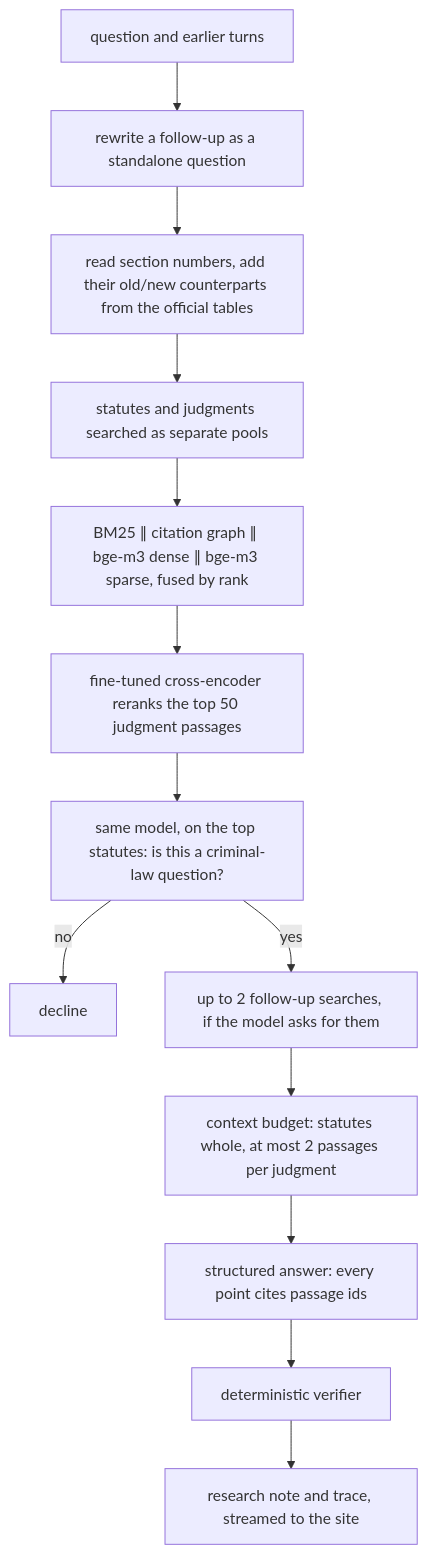
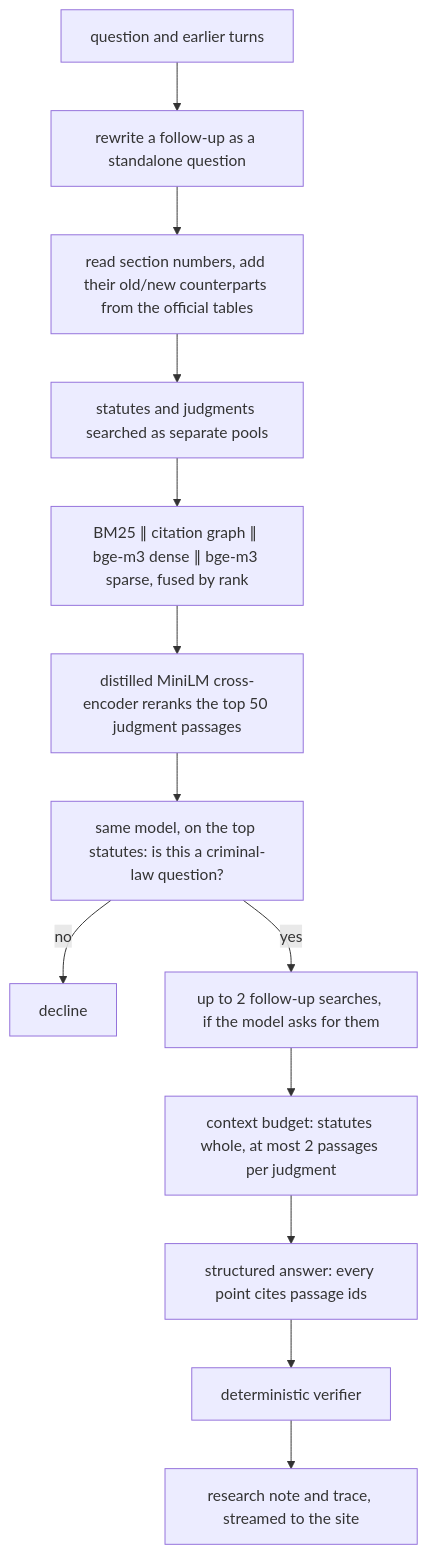
The second of 4 diagrams in docs/architecture.md (Arav-Arun/Dhara), drawn with Mermaid before and after one commit. The commit also changed other lines of this file and 3 other files, not shown here.

````diff
--- a/docs/architecture.md
+++ b/docs/architecture.md
@@ -37,15 +37,15 @@
 ```mermaid
 flowchart TD
     Q[question and earlier turns] --> W[rewrite a follow-up as a standalone question]
     W --> E[read section numbers, add their old/new counterparts from the official tables]
     E --> S[statutes and judgments searched as separate pools]
     S --> R[BM25 ∥ citation graph ∥ bge-m3 dense ∥ bge-m3 sparse, fused by rank]
-    R --> X[fine-tuned cross-encoder reranks the top 50 judgment passages]
+    R --> X[distilled MiniLM cross-encoder reranks the top 50 judgment passages]
     X --> CE[same model, on the top statutes: is this a criminal-law question?]
     CE -->|no| D[decline]
     CE -->|yes| F[up to 2 follow-up searches, if the model asks for them]
     F --> B[context budget: statutes whole, at most 2 passages per judgment]
     B --> G[structured answer: every point cites passage ids]
     G --> V[deterministic verifier]
     V --> A[research note and trace, streamed to the site]
 ```
````
